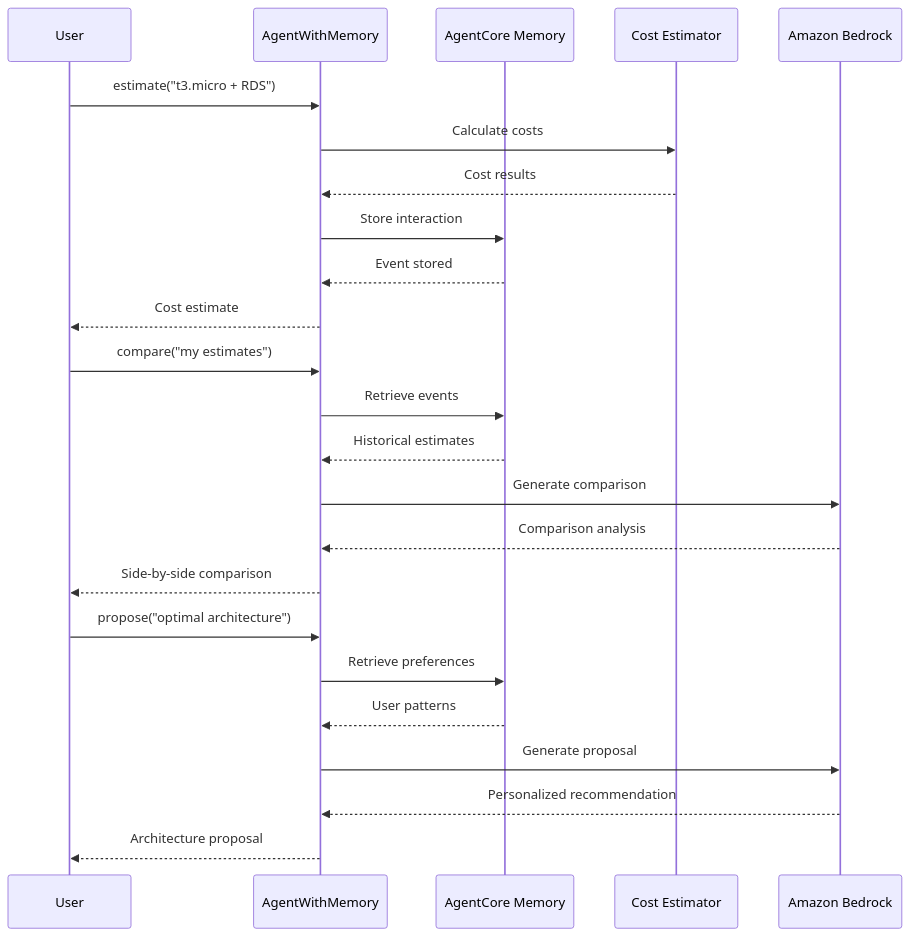
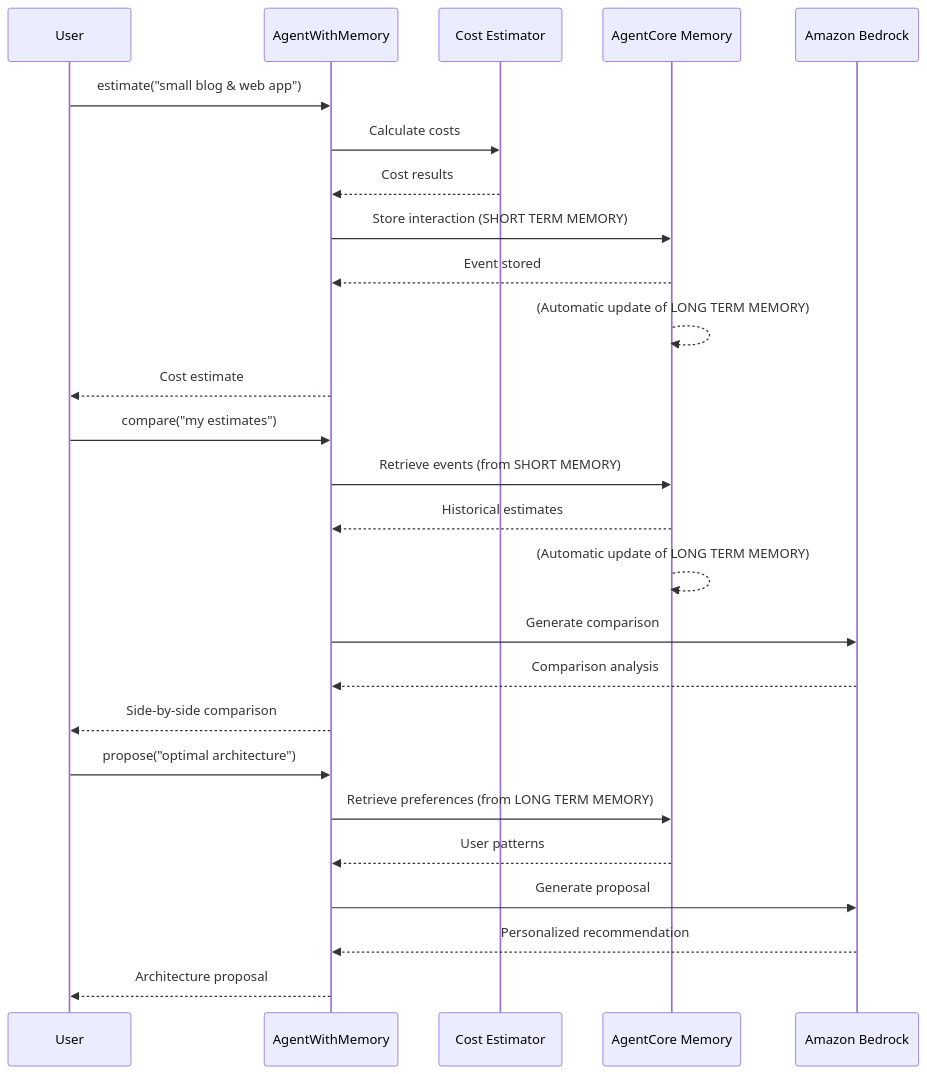
Before and after one commit to k-taiga/sample-amazon-bedrock-agentcore-onboarding: the diagram in 06_memory/README.md, drawn with Mermaid. The commit also changed 4 other files, not shown here.

Commit message:
Fix diagram of lab5 and lab6

````diff
--- a/06_memory/README.md
+++ b/06_memory/README.md
@@ -9,29 +9,31 @@
 ```mermaid
 sequenceDiagram
     participant User as User
     participant Agent as AgentWithMemory
+    participant Estimator as Cost Estimator
     participant Memory as AgentCore Memory
-    participant Estimator as Cost Estimator
     participant Bedrock as Amazon Bedrock
 
-    User->>Agent: estimate("t3.micro + RDS")
+    User->>Agent: estimate("small blog & web app")
     Agent->>Estimator: Calculate costs
     Estimator-->>Agent: Cost results
-    Agent->>Memory: Store interaction
+    Agent->>Memory: Store interaction (SHORT TERM MEMORY)
     Memory-->>Agent: Event stored
+    Memory-->>Memory: (Automatic update of LONG TERM MEMORY)
     Agent-->>User: Cost estimate
 
     User->>Agent: compare("my estimates")
-    Agent->>Memory: Retrieve events
+    Agent->>Memory: Retrieve events (from SHORT MEMORY)
     Memory-->>Agent: Historical estimates
+    Memory-->>Memory: (Automatic update of LONG TERM MEMORY)
     Agent->>Bedrock: Generate comparison
     Bedrock-->>Agent: Comparison analysis
     Agent-->>User: Side-by-side comparison
 
     User->>Agent: propose("optimal architecture")
-    Agent->>Memory: Retrieve preferences
+    Agent->>Memory: Retrieve preferences (from LONG TERM MEMORY)
     Memory-->>Agent: User patterns
     Agent->>Bedrock: Generate proposal
     Bedrock-->>Agent: Personalized recommendation
     Agent-->>User: Architecture proposal
 ```
````
